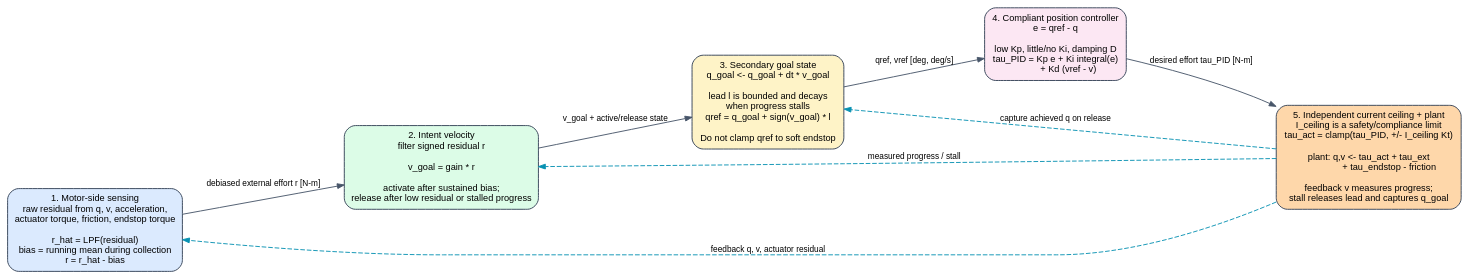
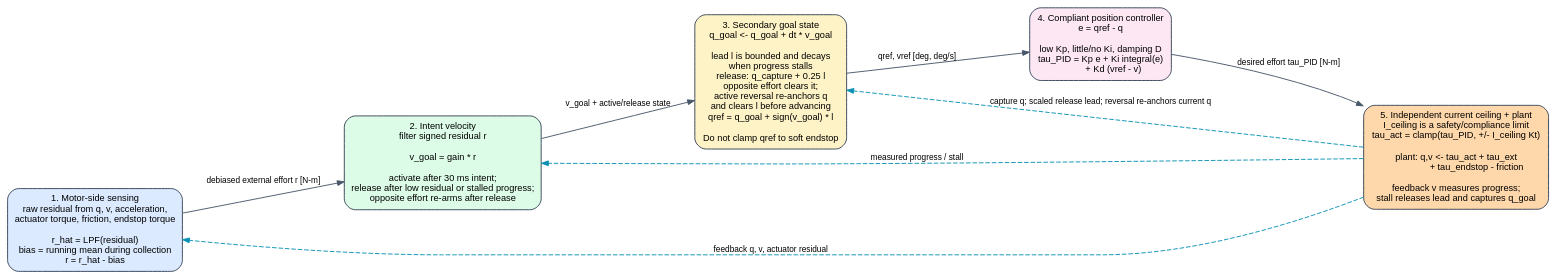
The diagram in examples/10_dxl_ctrl_sim_single_motor/control_logic_assist.dot (Neuro-Mechatronics-Interfaces/NML_Hand_Exo), drawn with Graphviz before and after one commit. The commit also changed 43 other files, not shown here.

```diff
--- a/examples/10_dxl_ctrl_sim_single_motor/control_logic_assist.dot
+++ b/examples/10_dxl_ctrl_sim_single_motor/control_logic_assist.dot
@@ -1,19 +1,19 @@
 digraph proposed_secondary_goal_assist {
   graph [rankdir=LR, bgcolor="transparent", pad="0.16", nodesep="0.45", ranksep="0.7", fontname="Arial"];
   node [shape=box, style="rounded,filled", fontname="Arial", fontsize=10, margin="0.12,0.08", color="#334155"];
   edge [fontname="Arial", fontsize=9, color="#475569", arrowsize=0.75];
 
   sensing [label="1. Motor-side sensing\nraw residual from q, v, acceleration,\nactuator torque, friction, endstop torque\n\nr_hat = LPF(residual)\nbias = running mean during collection\nr = r_hat - bias", fillcolor="#dbeafe"];
-  intent [label="2. Intent velocity\nfilter signed residual r\n\nv_goal = gain * r\n\nactivate after sustained bias;\nrelease after low residual or stalled progress", fillcolor="#dcfce7"];
-  goal [label="3. Secondary goal state\nq_goal <- q_goal + dt * v_goal\n\nlead l is bounded and decays\nwhen progress stalls\nqref = q_goal + sign(v_goal) * l\n\nDo not clamp qref to soft endstop", fillcolor="#fef3c7"];
+  intent [label="2. Intent velocity\nfilter signed residual r\n\nv_goal = gain * r\n\nactivate after 30 ms intent;\nrelease after low residual or stalled progress;\nopposite effort re-arms after release", fillcolor="#dcfce7"];
+  goal [label="3. Secondary goal state\nq_goal <- q_goal + dt * v_goal\n\nlead l is bounded and decays\nwhen progress stalls\nrelease: q_capture + 0.25 l\nopposite effort clears it;\nactive reversal re-anchors q\nand clears l before advancing\nqref = q_goal + sign(v_goal) * l\n\nDo not clamp qref to soft endstop", fillcolor="#fef3c7"];
   pid [label="4. Compliant position controller\ne = qref - q\n\nlow Kp, little/no Ki, damping D\ntau_PID = Kp e + Ki integral(e)\n           + Kd (vref - v)", fillcolor="#fce7f3"];
   output [label="5. Independent current ceiling + plant\nI_ceiling is a safety/compliance limit\ntau_act = clamp(tau_PID, +/- I_ceiling Kt)\n\nplant: q,v <- tau_act + tau_ext\n                 + tau_endstop - friction\n\nfeedback v measures progress;\nstall releases lead and captures q_goal", fillcolor="#fed7aa"];
 
   sensing -> intent [label="debiased external effort r [N-m]"];
   intent -> goal [label="v_goal + active/release state"];
   goal -> pid [label="qref, vref [deg, deg/s]"];
   pid -> output [label="desired effort tau_PID [N-m]"];
   output -> sensing [style=dashed, label="feedback q, v, actuator residual", color="#0891b2"];
   output -> intent [style=dashed, label="measured progress / stall", color="#0891b2"];
-  output -> goal [style=dashed, label="capture achieved q on release", color="#0891b2"];
+  output -> goal [style=dashed, label="capture q; scaled release lead; reversal re-anchors current q", color="#0891b2"];
 }
```
